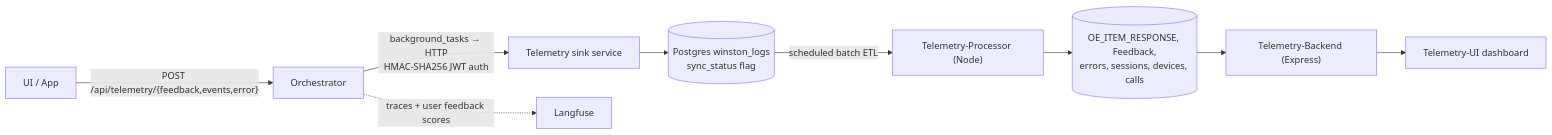
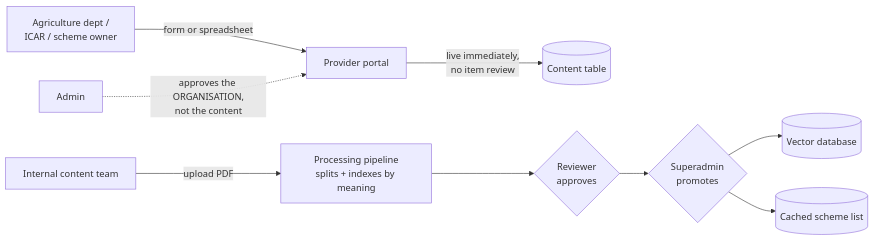
Before and after one commit to manjudr/documents: the second of 3 diagrams in ARCHITECTURE.md, drawn with Mermaid. The commit also changed other lines of this file, not shown here.

````diff
--- a/ARCHITECTURE.md
+++ b/ARCHITECTURE.md
@@ -209,11 +90,12 @@
 ```mermaid
 graph LR
-  UI["UI / App"] -->|"POST /api/telemetry/{feedback,events,error}"| Orc["Orchestrator"]
-  Orc -->|"background_tasks → HTTP<br/>HMAC-SHA256 JWT auth"| Sink["Telemetry sink service"]
-  Sink --> WL[("Postgres winston_logs<br/>sync_status flag")]
-  WL -->|"scheduled batch ETL"| Proc["Telemetry-Processor (Node)"]
-  Proc --> Typed[("OE_ITEM_RESPONSE, Feedback,<br/>errors, sessions, devices, calls")]
-  Typed --> Back["Telemetry-Backend (Express)"]
-  Back --> Dash["Telemetry-UI dashboard"]
-  Orc -.->|"traces + user feedback scores"| LF["Langfuse"]
+  Dept["Agriculture dept /<br/>ICAR / scheme owner"] -->|"form or spreadsheet"| Portal["Provider portal"]
+  Portal -->|"live immediately,<br/>no item review"| DB[("Content table")]
+  Admin["Admin"] -.->|"approves the ORGANISATION,<br/>not the content"| Portal
+
+  Team["Internal content team"] -->|"upload PDF"| Pipe["Processing pipeline<br/>splits + indexes by meaning"]
+  Pipe --> Rev{"Reviewer<br/>approves"}
+  Rev --> Sup{"Superadmin<br/>promotes"}
+  Sup --> VDB[("Vector database")]
+  Sup --> Cache[("Cached scheme list")]
 ```
````
